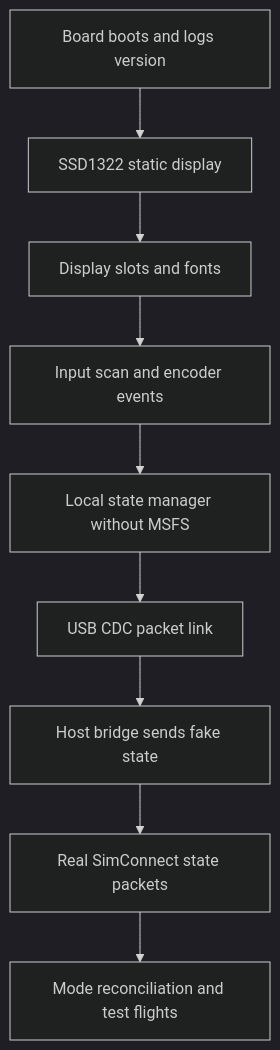
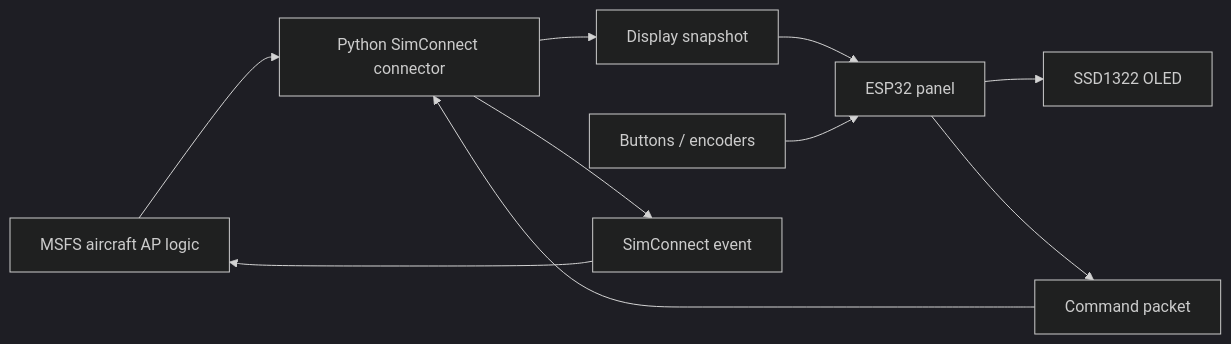
Before and after one commit to br4593/gfc600_esp32_freertos: the diagram in docs/design-decisions/gmc605-firmware-architecture.md, drawn with Mermaid (dark theme). The commit also changed other lines of this file and 73 other files, not shown here.

Commit message:
Add MSFS connector and update project docs

````diff
--- a/docs/design-decisions/gmc605-firmware-architecture.md
+++ b/docs/design-decisions/gmc605-firmware-architecture.md
@@ -361,11 +40,12 @@
 ```mermaid
-flowchart TD
-    A[Board boots and logs version] --> B[SSD1322 static display]
-    B --> C[Display slots and fonts]
-    C --> D[Input scan and encoder events]
-    D --> E[Local state manager without MSFS]
-    E --> F[USB CDC packet link]
-    F --> G[Host bridge sends fake state]
-    G --> H[Real SimConnect state packets]
-    H --> I[Mode reconciliation and test flights]
+flowchart LR
+    MSFS[MSFS aircraft AP logic] --> SimConnect[Python SimConnect connector]
+    SimConnect --> Snapshot[Display snapshot]
+    Snapshot --> ESP32[ESP32 panel]
+    ESP32 --> OLED[SSD1322 OLED]
+    Buttons[Buttons / encoders] --> ESP32
+    ESP32 --> Command[Command packet]
+    Command --> SimConnect
+    SimConnect --> Event[SimConnect event]
+    Event --> MSFS
 ```
````
